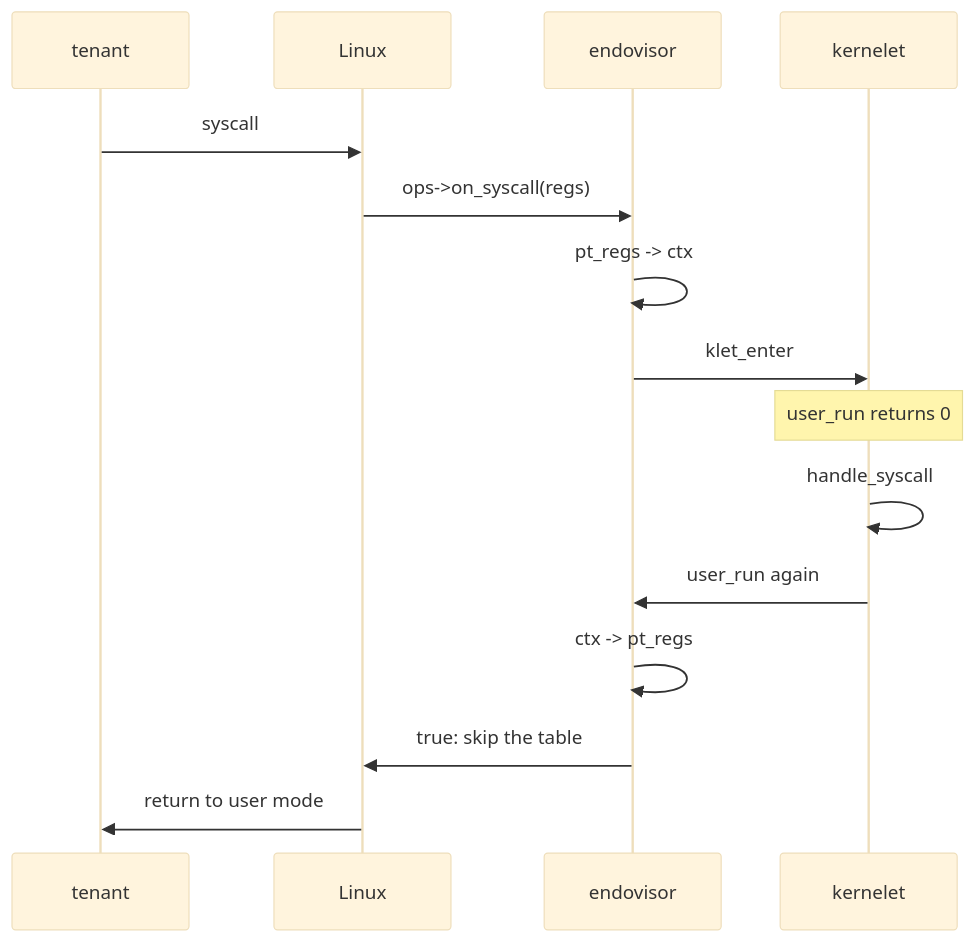
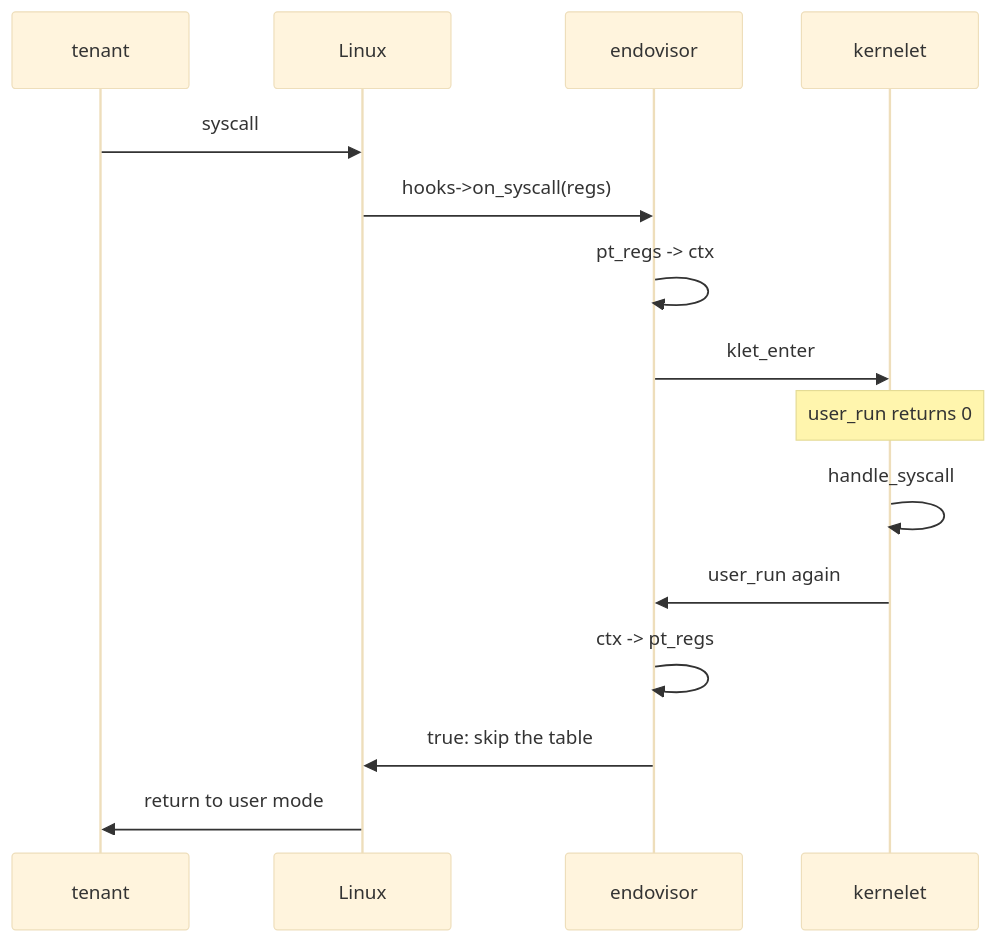
Before and after one commit to Plucky923/kernelet: the diagram in src/into-user-mode-and-back.md, drawn with Mermaid (base theme). The commit also changed other lines of this file and 36 other files, not shown here.

````diff
--- a/src/into-user-mode-and-back.md
+++ b/src/into-user-mode-and-back.md
@@ -130,17 +130,17 @@
 ```mermaid
 sequenceDiagram
     participant U as tenant
     participant L as Linux
     participant E as endovisor
     participant K as kernelet
     U->>L: syscall
-    L->>E: ops->on_syscall(regs)
+    L->>E: hooks->on_syscall(regs)
     E->>E: pt_regs -> ctx
     E->>K: klet_enter
     Note over K: user_run returns 0
     K->>K: handle_syscall
     K->>E: user_run again
     E->>E: ctx -> pt_regs
     E->>L: true: skip the table
     L->>U: return to user mode
 ```
````
